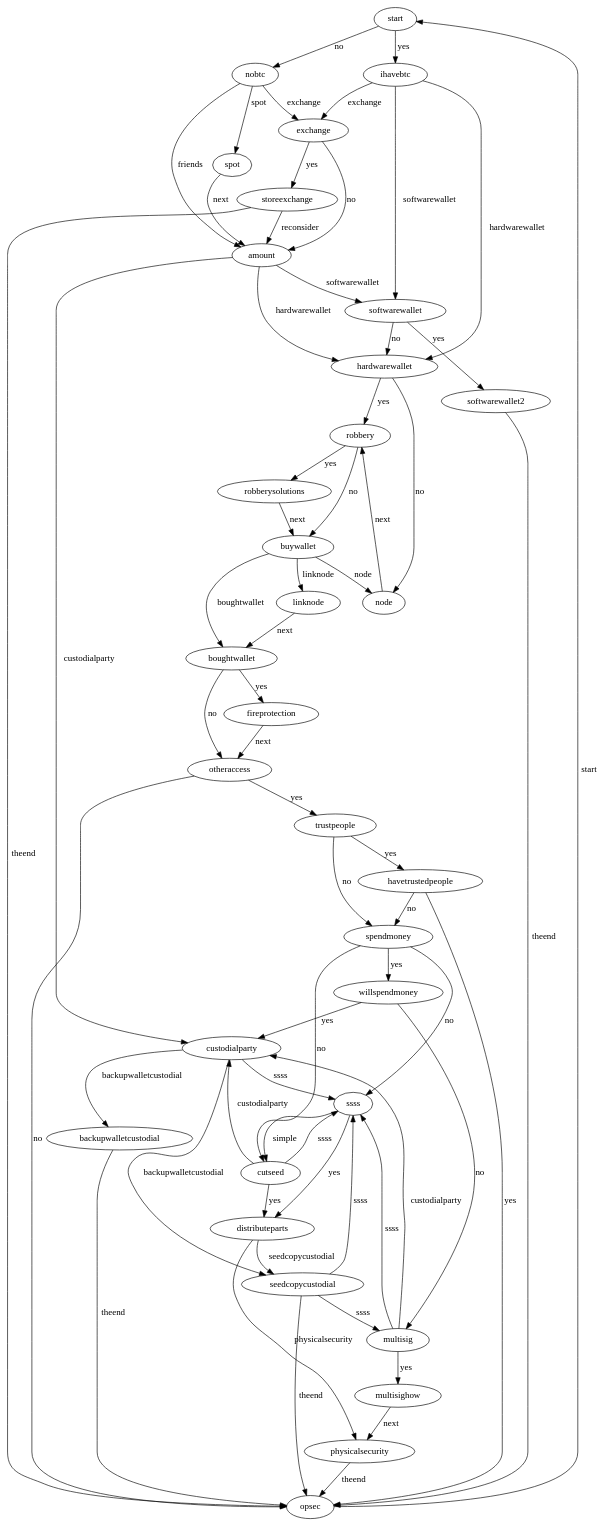
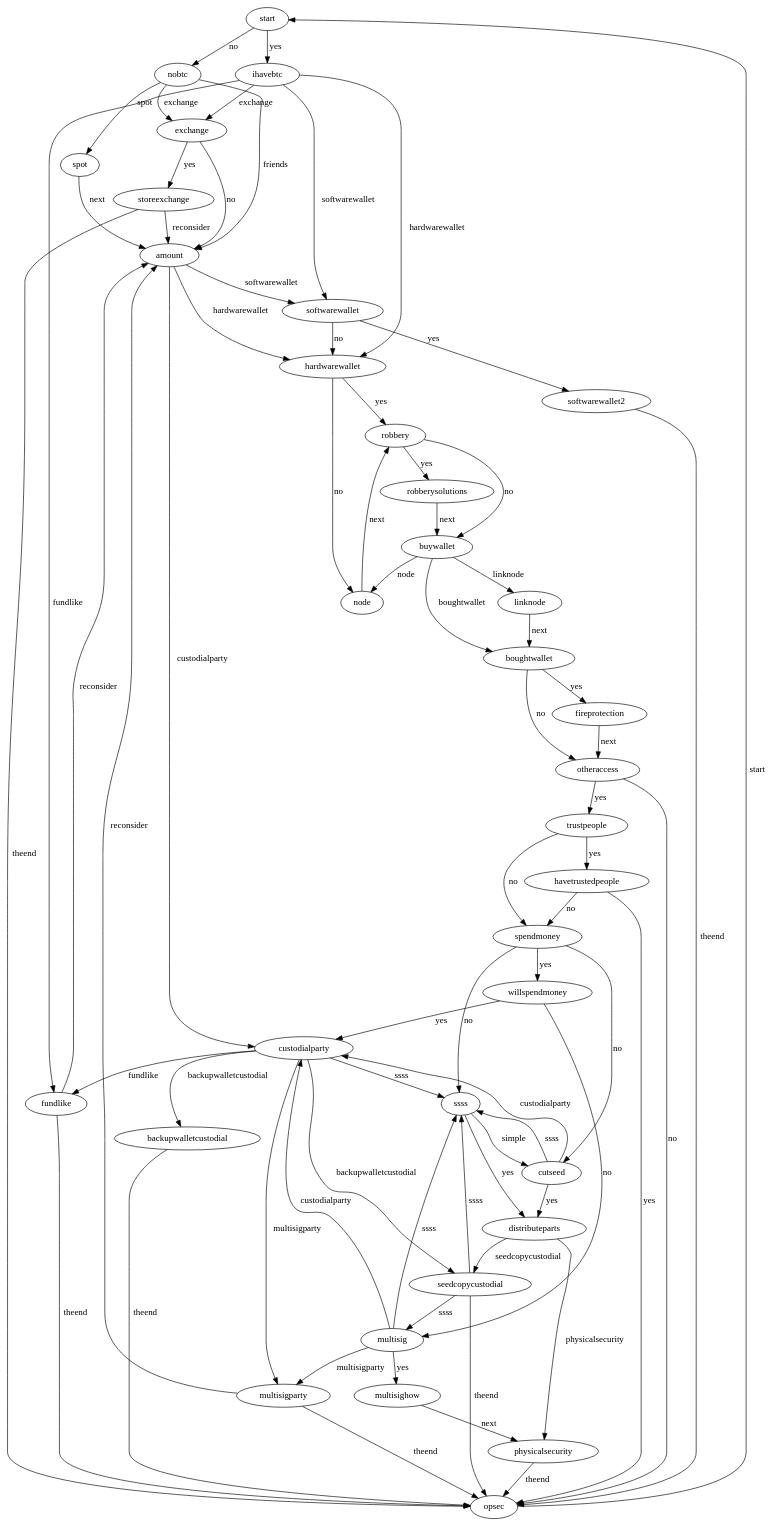
Before and after one commit to storingbitcoin-info/website: the diagram in graph.gv, drawn with Graphviz. The commit also changed 4 other files, not shown here.

```diff
--- a/graph.gv
+++ b/graph.gv
@@ -1,102 +1,112 @@
 digraph G {
   #rankdir=LR;
   overlap=false
   splines=true
   tailclip=false
   headclip=false
 _start [label="start"]
 _start -> _nobtc [label="no"]
 _start -> _ihavebtc [label="yes"]
 _ihavebtc [label="ihavebtc"]
 _ihavebtc -> _exchange [label="exchange"]
 _ihavebtc -> _hardwarewallet [label="hardwarewallet"]
 _ihavebtc -> _softwarewallet [label="softwarewallet"]
+_ihavebtc -> _fundlike [label="fundlike"]
 _nobtc [label="nobtc"]
 _nobtc -> _spot [label="spot"]
 _nobtc -> _amount [label="friends"]
 _nobtc -> _exchange [label="exchange"]
 _spot [label="spot"]
 _spot -> _amount [label="next"]
 _exchange [label="exchange"]
 _exchange -> _storeexchange [label="yes"]
 _exchange -> _amount [label="no"]
 _amount [label="amount"]
 _amount -> _softwarewallet [label="softwarewallet"]
 _amount -> _hardwarewallet [label="hardwarewallet"]
 _amount -> _custodialparty [label="custodialparty"]
 _storeexchange [label="storeexchange"]
 _storeexchange -> _amount [label="reconsider"]
 _storeexchange -> _opsec [label="theend"]
+_fundlike [label="fundlike"]
+_fundlike -> _amount [label="reconsider"]
+_fundlike -> _opsec [label="theend"]
+_multisigparty [label="multisigparty"]
+_multisigparty -> _amount [label="reconsider"]
+_multisigparty -> _opsec [label="theend"]
 _softwarewallet [label="softwarewallet"]
 _softwarewallet -> _softwarewallet2 [label="yes"]
 _softwarewallet -> _hardwarewallet [label="no"]
 _softwarewallet2 [label="softwarewallet2"]
 _softwarewallet2 -> _opsec [label="theend"]
 _hardwarewallet [label="hardwarewallet"]
 _hardwarewallet -> _robbery [label="yes"]
 _hardwarewallet -> _node [label="no"]
 _node [label="node"]
 _node -> _robbery [label="next"]
 _robbery [label="robbery"]
 _robbery -> _robberysolutions [label="yes"]
 _robbery -> _buywallet [label="no"]
 _robberysolutions [label="robberysolutions"]
 _robberysolutions -> _buywallet [label="next"]
 _buywallet [label="buywallet"]
 _buywallet -> _linknode [label="linknode"]
 _buywallet -> _boughtwallet [label="boughtwallet"]
 _buywallet -> _node [label="node"]
 _linknode [label="linknode"]
 _linknode -> _boughtwallet [label="next"]
 _boughtwallet [label="boughtwallet"]
 _boughtwallet -> _fireprotection [label="yes"]
 _boughtwallet -> _otheraccess [label="no"]
 _fireprotection [label="fireprotection"]
 _fireprotection -> _otheraccess [label="next"]
 _otheraccess [label="otheraccess"]
 _otheraccess -> _trustpeople [label="yes"]
 _otheraccess -> _opsec [label="no"]
 _trustpeople [label="trustpeople"]
 _trustpeople -> _havetrustedpeople [label="yes"]
 _trustpeople -> _spendmoney [label="no"]
 _havetrustedpeople [label="havetrustedpeople"]
 _havetrustedpeople -> _opsec [label="yes"]
 _havetrustedpeople -> _spendmoney [label="no"]
 _spendmoney [label="spendmoney"]
 _spendmoney -> _willspendmoney [label="yes"]
 _spendmoney -> _ssss [label="no"]
 _spendmoney -> _cutseed [label="no"]
 _willspendmoney [label="willspendmoney"]
 _willspendmoney -> _custodialparty [label="yes"]
 _willspendmoney -> _multisig [label="no"]
 _ssss [label="ssss"]
 _ssss -> _distributeparts [label="yes"]
 _ssss -> _cutseed [label="simple"]
 _cutseed [label="cutseed"]
 _cutseed -> _distributeparts [label="yes"]
 _cutseed -> _ssss [label="ssss"]
 _cutseed -> _custodialparty [label="custodialparty"]
 _custodialparty [label="custodialparty"]
 _custodialparty -> _backupwalletcustodial [label="backupwalletcustodial"]
 _custodialparty -> _seedcopycustodial [label="backupwalletcustodial"]
 _custodialparty -> _ssss [label="ssss"]
+_custodialparty -> _multisigparty [label="multisigparty"]
+_custodialparty -> _fundlike [label="fundlike"]
 _multisig [label="multisig"]
 _multisig -> _multisighow [label="yes"]
 _multisig -> _custodialparty [label="custodialparty"]
 _multisig -> _ssss [label="ssss"]
+_multisig -> _multisigparty [label="multisigparty"]
 _distributeparts [label="distributeparts"]
 _distributeparts -> _physicalsecurity [label="physicalsecurity"]
 _distributeparts -> _seedcopycustodial [label="seedcopycustodial"]
 _backupwalletcustodial [label="backupwalletcustodial"]
 _backupwalletcustodial -> _opsec [label="theend"]
 _seedcopycustodial [label="seedcopycustodial"]
 _seedcopycustodial -> _opsec [label="theend"]
 _seedcopycustodial -> _multisig [label="ssss"]
 _seedcopycustodial -> _ssss [label="ssss"]
 _multisighow [label="multisighow"]
 _multisighow -> _physicalsecurity [label="next"]
 _physicalsecurity [label="physicalsecurity"]
 _physicalsecurity -> _opsec [label="theend"]
 _opsec [label="opsec"]
 _opsec -> _start [label="start"]
 }
```
